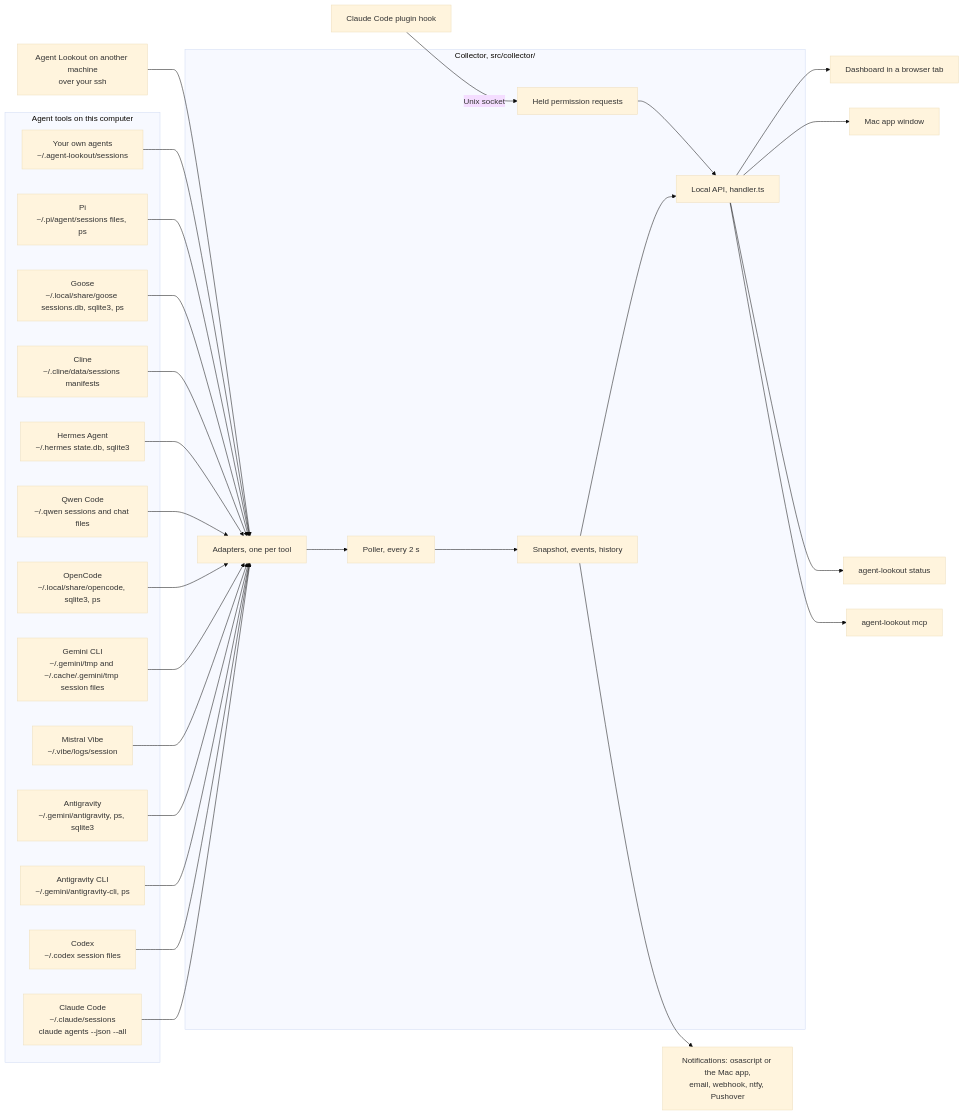
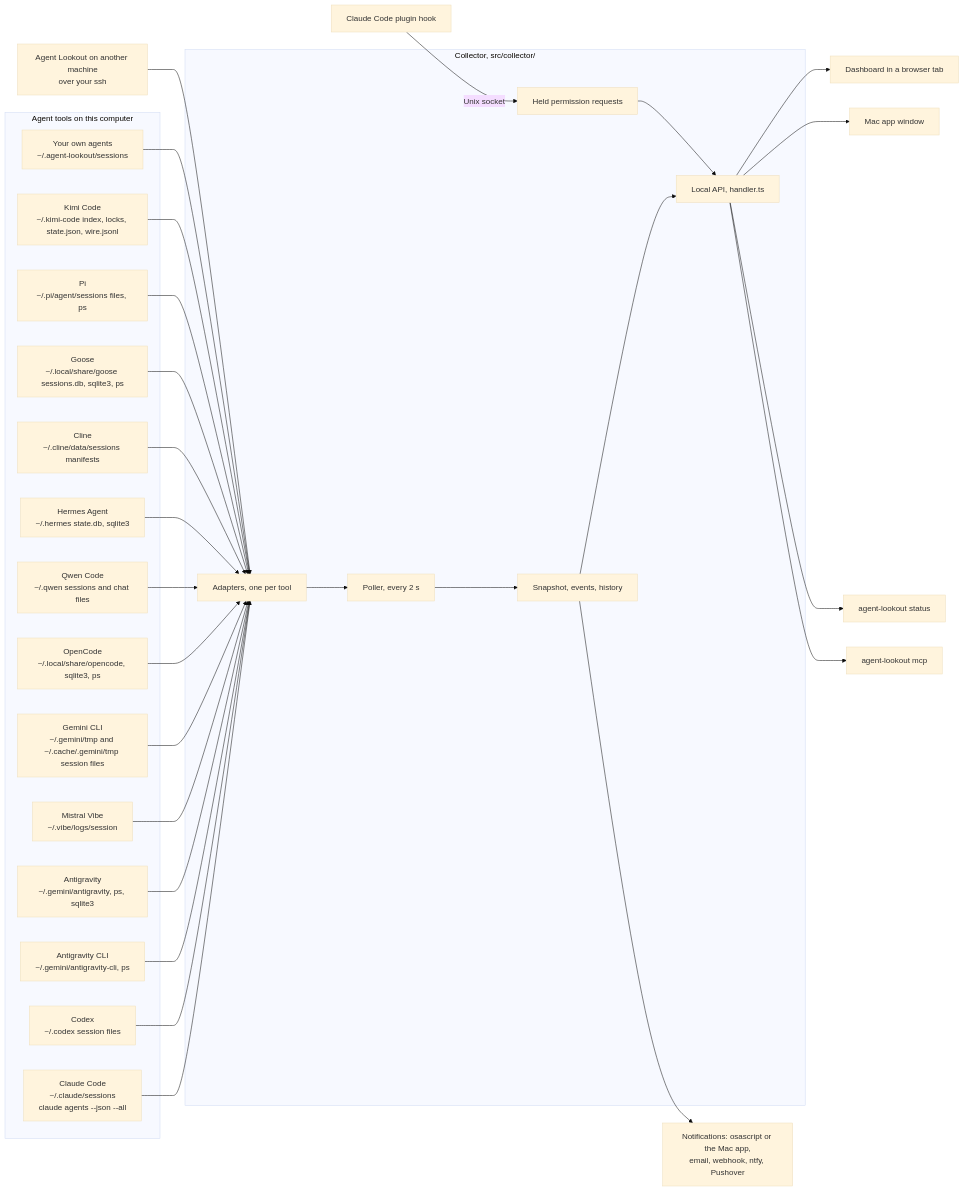
One commit to Olanetsoft/agent-lookout changed the first of 4 diagrams in docs/TOUR.md. Above: the diagram before and after it, drawn with Mermaid (base theme). The commit also changed other lines of this file and 65 other files, not shown here.

Commit message:
Add the Kimi Code adapter (#32) (#295)

````diff
--- a/docs/TOUR.md
+++ b/docs/TOUR.md
@@ -29,49 +29,51 @@
 ```mermaid
 flowchart LR
   subgraph tools["Agent tools on this computer"]
     cc["Claude Code<br/>~/.claude/sessions<br/>claude agents --json --all"]
     cx["Codex<br/>~/.codex session files"]
     ag["Antigravity CLI<br/>~/.gemini/antigravity-cli, ps"]
     aa["Antigravity<br/>~/.gemini/antigravity, ps, sqlite3"]
     mv["Mistral Vibe<br/>~/.vibe/logs/session"]
     gc["Gemini CLI<br/>~/.gemini/tmp and ~/.cache/.gemini/tmp session files"]
     oc["OpenCode<br/>~/.local/share/opencode, sqlite3, ps"]
     qw["Qwen Code<br/>~/.qwen sessions and chat files"]
     ha["Hermes Agent<br/>~/.hermes state.db, sqlite3"]
     cl["Cline<br/>~/.cline/data/sessions manifests"]
     gs["Goose<br/>~/.local/share/goose sessions.db, sqlite3, ps"]
     pi["Pi<br/>~/.pi/agent/sessions files, ps"]
+    kc["Kimi Code<br/>~/.kimi-code index, locks, state.json, wire.jsonl"]
     sf["Your own agents<br/>~/.agent-lookout/sessions"]
   end
   remote["Agent Lookout on another machine<br/>over your ssh"]
   plugin["Claude Code plugin hook"]
   subgraph collector["Collector, src/collector/"]
     adapters["Adapters, one per tool"]
     poller["Poller, every 2 s"]
     snap["Snapshot, events, history"]
     api["Local API, handler.ts"]
     held["Held permission requests"]
   end
   cc --> adapters
   cx --> adapters
   ag --> adapters
   aa --> adapters
   mv --> adapters
   gc --> adapters
   oc --> adapters
   qw --> adapters
   ha --> adapters
   cl --> adapters
   gs --> adapters
   pi --> adapters
+  kc --> adapters
   sf --> adapters
   remote --> adapters
   plugin -->|"Unix socket"| held
   adapters --> poller --> snap --> api
   held --> api
   api --> page["Dashboard in a browser tab"]
   api --> mac["Mac app window"]
   api --> status["agent-lookout status"]
   api --> mcp["agent-lookout mcp"]
   snap --> channels["Notifications: osascript or the Mac app,<br/>email, webhook, ntfy, Pushover"]
 ```
````
